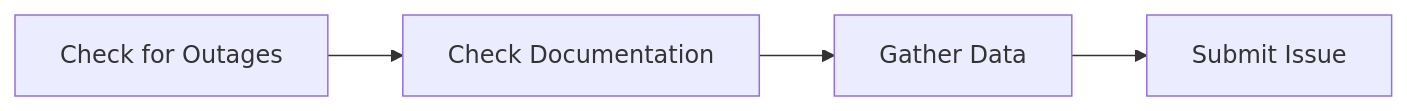
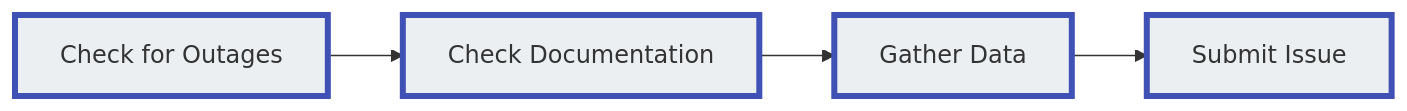
One commit to connexcs/docs changed the diagram in docs/reporting-problems.md. Above: the diagram before and after it, drawn with Mermaid.

Commit message:
Update reporting-problems.md
fix flow

````diff
--- a/docs/reporting-problems.md
+++ b/docs/reporting-problems.md
@@ -74,4 +74,10 @@
 ```mermaid
 graph LR
-A[Check for Outages] --> B[Check Documentation] --> C[Gather Data] --> D[Submit Issue]
+A[Check for Outages] --> B[Check Documentation] 
+B --> C[Gather Data] 
+C --> D[Submit Issue]
+style A fill:#ECEFF1,stroke:#4051b5,stroke-width:4px
+style B fill:#ECEFF1,stroke:#4051b5,stroke-width:4px
+style C fill:#ECEFF1,stroke:#4051b5,stroke-width:4px
+style D fill:#ECEFF1,stroke:#4051b5,stroke-width:4px
 ```
````
